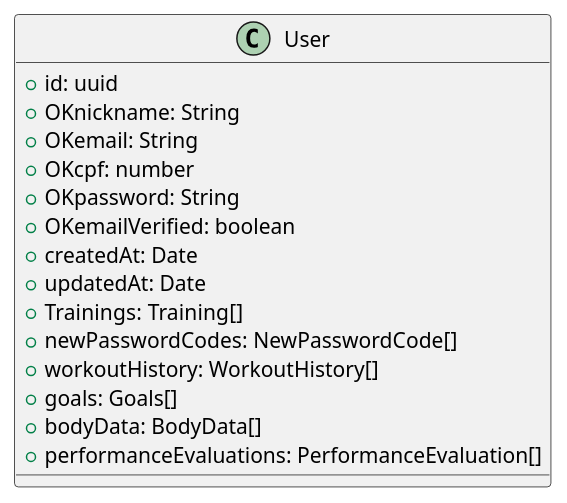
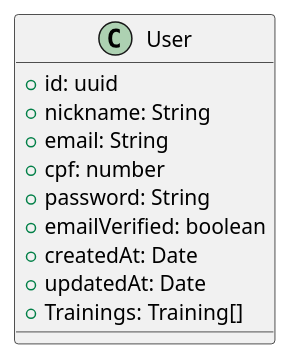
Before and after one commit to LucasReisV1337/api-gym: the diagram in uml/User/entity.wsd, drawn with PlantUML. The commit also changed 14 other files, not shown here.

```diff
--- a/uml/User/entity.wsd
+++ b/uml/User/entity.wsd
@@ -1,20 +1,15 @@
 @startuml
 
 class User {
   + id: uuid
-  + OKnickname: String
-  + OKemail: String
-  + OKcpf: number
-  + OKpassword: String
-  + OKemailVerified: boolean
+  + nickname: String
+  + email: String
+  + cpf: number
+  + password: String
+  + emailVerified: boolean
   + createdAt: Date
   + updatedAt: Date
   + Trainings: Training[]
-  + newPasswordCodes: NewPasswordCode[]
-  + workoutHistory: WorkoutHistory[]
-  + goals: Goals[]
-  + bodyData: BodyData[]
-  + performanceEvaluations: PerformanceEvaluation[]
 }
 
 @enduml
```
